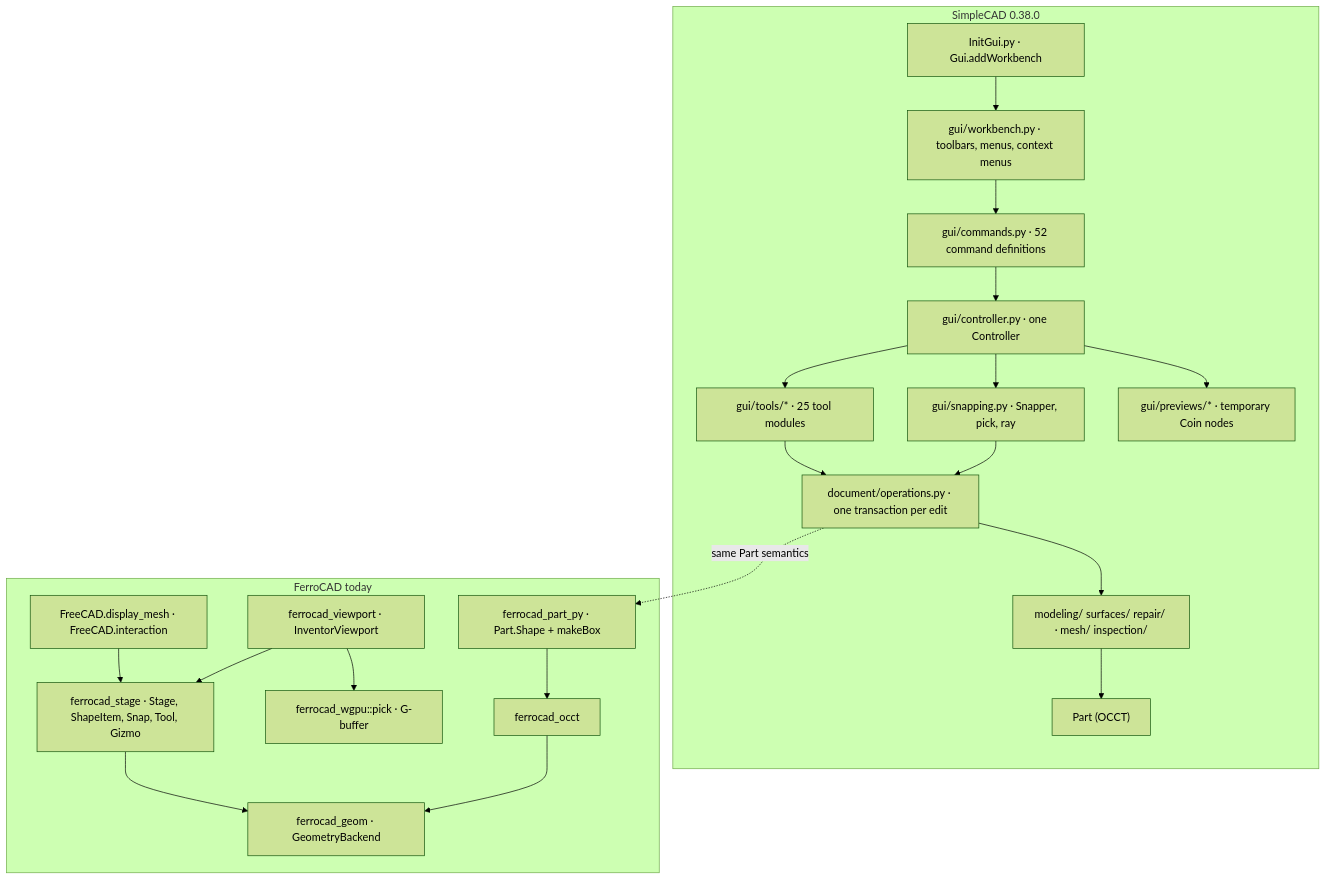
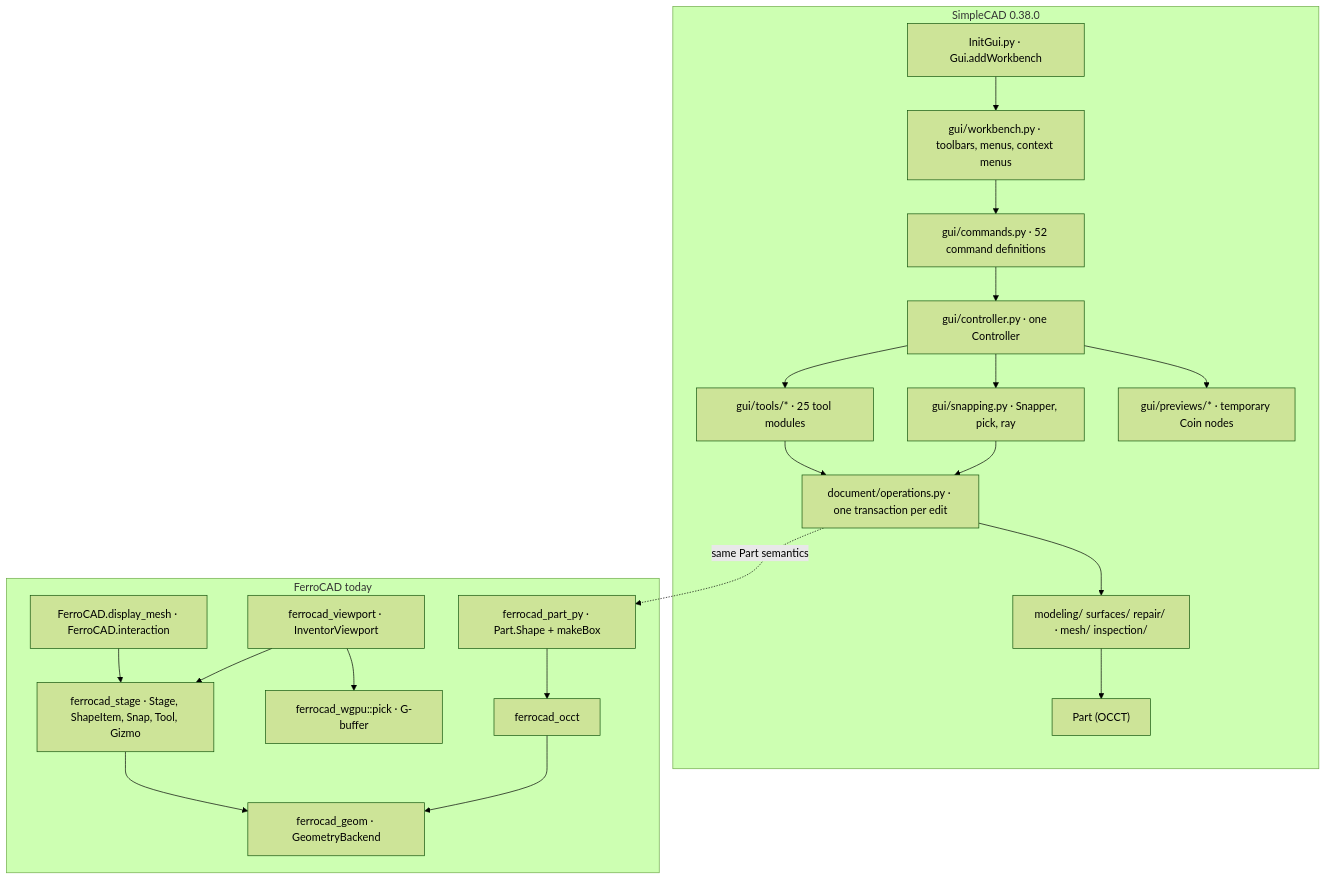
The diagram in docs/workbenches/simplecad-bringup.md (ferrocad/ferrocad), drawn with Mermaid (forest theme) before and after one commit. The commit also changed other lines of this file and 34 other files, not shown here.

First line of the commit message:
docs: record the FreeCAD/FerroCAD API boundary

````diff
--- a/docs/workbenches/simplecad-bringup.md
+++ b/docs/workbenches/simplecad-bringup.md
@@ -190,38 +190,38 @@
 ```mermaid
 flowchart TB
     subgraph SC["SimpleCAD 0.38.0"]
         InitGui["InitGui.py · Gui.addWorkbench"]
         Workbench["gui/workbench.py · toolbars, menus, context menus"]
         Commands["gui/commands.py · 52 command definitions"]
         Controller["gui/controller.py · one Controller"]
         Tools["gui/tools/* · 25 tool modules"]
         Snap["gui/snapping.py · Snapper, pick, ray"]
         Preview["gui/previews/* · temporary Coin nodes"]
         Ops["document/operations.py · one transaction per edit"]
         Algo["modeling/ surfaces/ repair/ · mesh/ inspection/"]
         Part["Part (OCCT)"]
     end
     subgraph FC["FerroCAD today"]
-        Hooks["FreeCAD.display_mesh · FreeCAD.interaction"]
+        Hooks["FerroCAD.display_mesh · FerroCAD.interaction"]
         View["ferrocad_viewport · InventorViewport"]
         Stage["ferrocad_stage · Stage, ShapeItem, Snap, Tool, Gizmo"]
         Pick["ferrocad_wgpu::pick · G-buffer"]
         Seam["ferrocad_geom · GeometryBackend"]
         Occt["ferrocad_occt"]
         PartPy["ferrocad_part_py · Part.Shape + makeBox"]
     end
     InitGui --> Workbench --> Commands --> Controller
     Controller --> Tools
     Controller --> Snap
     Controller --> Preview
     Tools --> Ops
     Snap --> Ops
     Ops --> Algo --> Part
     Hooks --> Stage
     View --> Stage
     View --> Pick
     Stage --> Seam
     Occt --> Seam
     PartPy --> Occt
     Ops -.->|"same Part semantics"| PartPy
 ```
````
